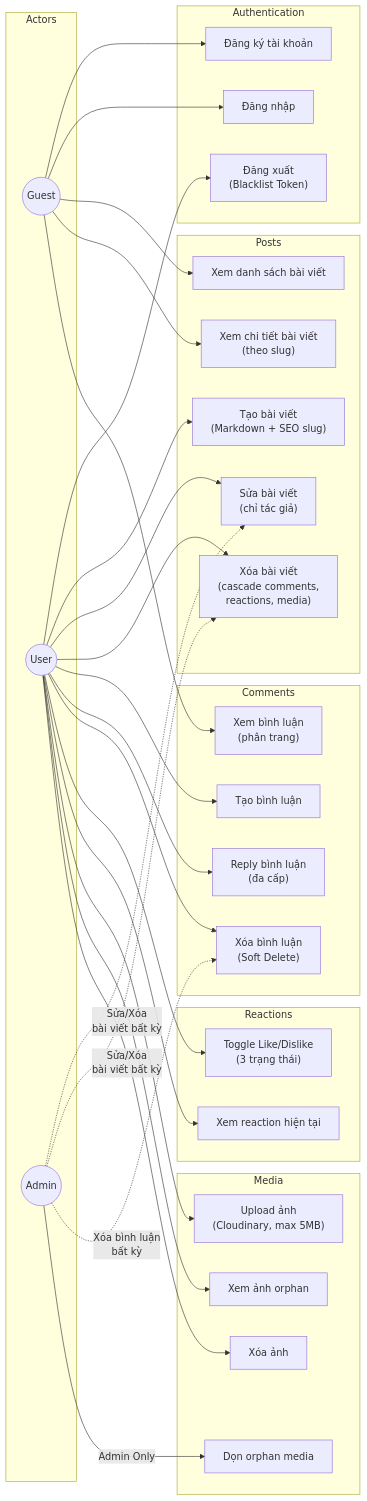
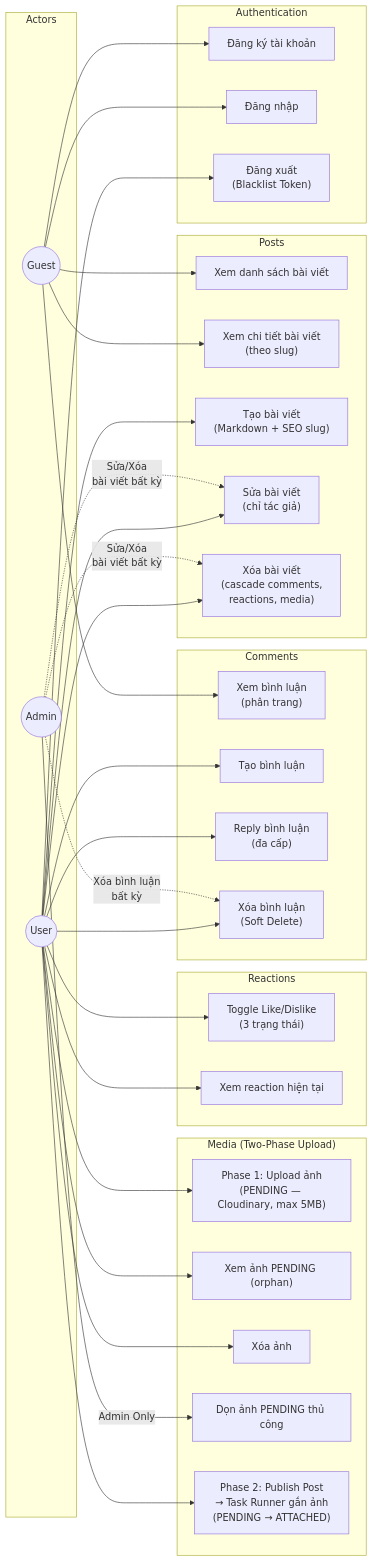
One commit to testeryup/sustack changed the diagram in README.md. Above: the diagram before and after it, drawn with Mermaid. The commit also changed other lines of this file and 13 other files, not shown here.

````diff
--- a/README.md
+++ b/README.md
@@ -116,65 +123,67 @@
 ```mermaid
 flowchart LR
     subgraph Actors
         Guest(("Guest"))
         User(("User"))
         Admin(("Admin"))
     end
 
     subgraph Auth["Authentication"]
         A1["Đăng ký tài khoản"]
         A2["Đăng nhập"]
         A3["Đăng xuất\n(Blacklist Token)"]
     end
 
     subgraph Posts["Posts"]
         P1["Xem danh sách bài viết"]
         P2["Xem chi tiết bài viết\n(theo slug)"]
         P3["Tạo bài viết\n(Markdown + SEO slug)"]
         P4["Sửa bài viết\n(chỉ tác giả)"]
         P5["Xóa bài viết\n(cascade comments,\nreactions, media)"]
     end
 
     subgraph Comments["Comments"]
         C1["Xem bình luận\n(phân trang)"]
         C2["Tạo bình luận"]
         C3["Reply bình luận\n(đa cấp)"]
         C4["Xóa bình luận\n(Soft Delete)"]
     end
 
     subgraph Reactions["Reactions"]
         R1["Toggle Like/Dislike\n(3 trạng thái)"]
         R2["Xem reaction hiện tại"]
     end
 
-    subgraph Media["Media"]
-        M1["Upload ảnh\n(Cloudinary, max 5MB)"]
-        M2["Xem ảnh orphan"]
+    subgraph Media["Media (Two-Phase Upload)"]
+        M1["Phase 1: Upload ảnh\n(PENDING — Cloudinary, max 5MB)"]
+        M2["Xem ảnh PENDING (orphan)"]
         M3["Xóa ảnh"]
-        M4["Dọn orphan media"]
+        M4["Dọn ảnh PENDING thủ công"]
+        M5["Phase 2: Publish Post\n→ Task Runner gắn ảnh\n(PENDING → ATTACHED)"]
     end
 
     Guest --> A1
     Guest --> A2
     Guest --> P1
     Guest --> P2
     Guest --> C1
 
     User --> A3
     User --> P3
     User --> P4
     User --> P5
     User --> C2
     User --> C3
     User --> C4
     User --> R1
     User --> R2
     User --> M1
     User --> M2
     User --> M3
+    User --> M5
 
     Admin -.->|"Sửa/Xóa\nbài viết bất kỳ"| P4
     Admin -.->|"Sửa/Xóa\nbài viết bất kỳ"| P5
     Admin -.->|"Xóa bình luận\nbất kỳ"| C4
     Admin -->|"Admin Only"| M4
 ```
````
